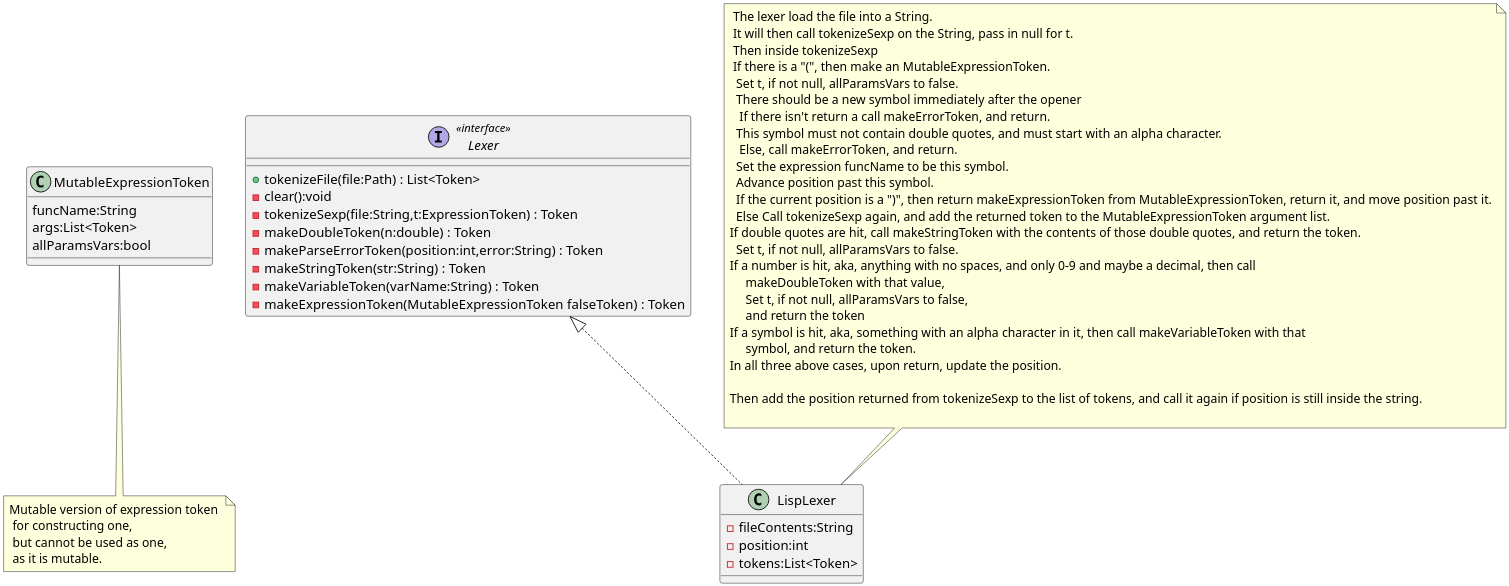
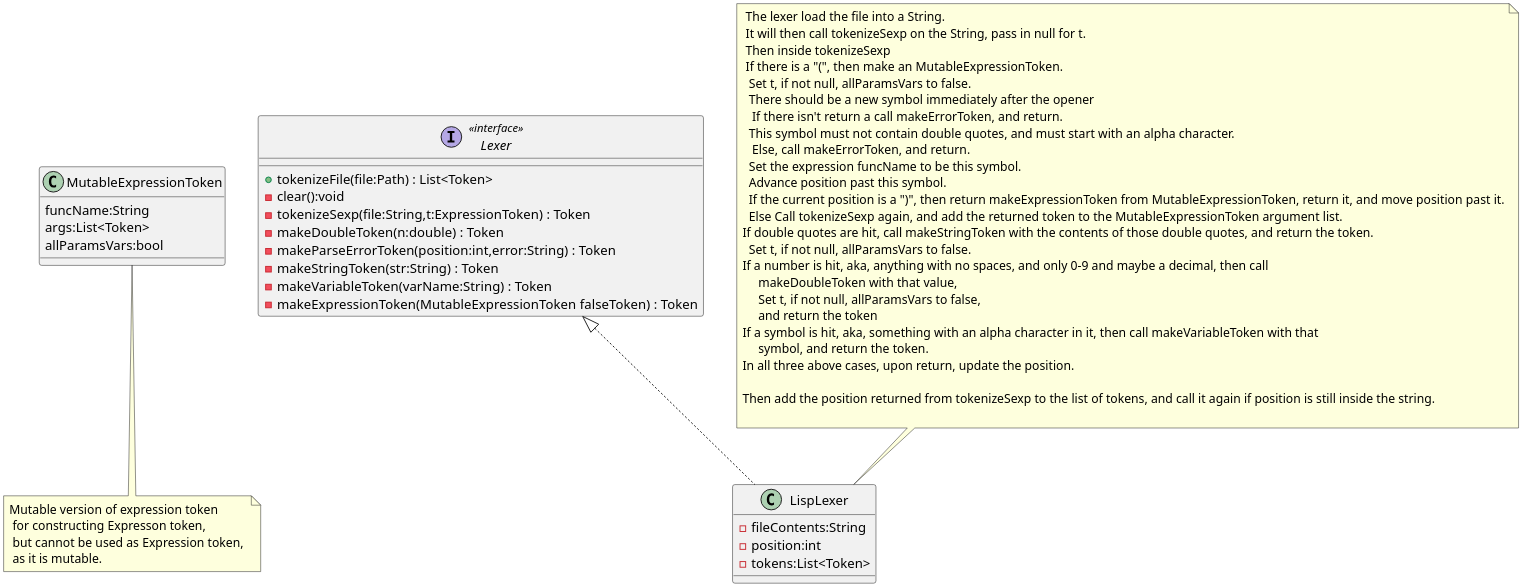
One commit to MatthewBregg/DesignPatternsRepo changed the diagram in Structure/Lexer.org. Above: the diagram before and after it, drawn with PlantUML. The commit also changed 5 other files, not shown here.

```diff
--- a/Structure/Lexer.org
+++ b/Structure/Lexer.org
@@ -3,56 +3,56 @@
 #+BEGIN_SRC plantuml :file LexerUML.png
 skinparam dpi 300
 
 
 class MutableExpressionToken 
 MutableExpressionToken : funcName:String
 MutableExpressionToken : args:List<Token>
 MutableExpressionToken : allParamsVars:bool 
-note bottom : Mutable version of expression token \n for constructing one, \n but cannot be used as one, \n as it is mutable.
+note bottom : Mutable version of expression token \n for constructing Expresson token, \n but cannot be used as Expression token, \n as it is mutable.
 
 interface Lexer<<interface>>
 Lexer : +tokenizeFile(file:Path) : List<Token>
 Lexer : -clear():void
 Lexer : -tokenizeSexp(file:String,t:ExpressionToken) : Token
 Lexer : -makeDoubleToken(n:double) : Token
 Lexer : -makeParseErrorToken(position:int,error:String) : Token
 Lexer : -makeStringToken(str:String) : Token
 Lexer : -makeVariableToken(varName:String) : Token
 Lexer : -makeExpressionToken(MutableExpressionToken falseToken) : Token
 
 class LispLexer
 LispLexer : -fileContents:String
 LispLexer : -position:int
 Lexer <|.. LispLexer
 LispLexer : -tokens:List<Token>
 
 note top of LispLexer
  The lexer load the file into a String.
  It will then call tokenizeSexp on the String, pass in null for t.
  Then inside tokenizeSexp
  If there is a "(", then make an MutableExpressionToken.
   Set t, if not null, allParamsVars to false.
   There should be a new symbol immediately after the opener
    If there isn't return a call makeErrorToken, and return.
   This symbol must not contain double quotes, and must start with an alpha character.
    Else, call makeErrorToken, and return. 
   Set the expression funcName to be this symbol. 
   Advance position past this symbol.
   If the current position is a ")", then return makeExpressionToken from MutableExpressionToken, return it, and move position past it.
   Else Call tokenizeSexp again, and add the returned token to the MutableExpressionToken argument list.
 If double quotes are hit, call makeStringToken with the contents of those double quotes, and return the token.
   Set t, if not null, allParamsVars to false.
 If a number is hit, aka, anything with no spaces, and only 0-9 and maybe a decimal, then call 
      makeDoubleToken with that value, 
      Set t, if not null, allParamsVars to false,
      and return the token
 If a symbol is hit, aka, something with an alpha character in it, then call makeVariableToken with that
      symbol, and return the token.
 In all three above cases, upon return, update the position.
 
 Then add the position returned from tokenizeSexp to the list of tokens, and call it again if position is still inside the string.
 
 end note
   
 
 #+END_SRC
```
